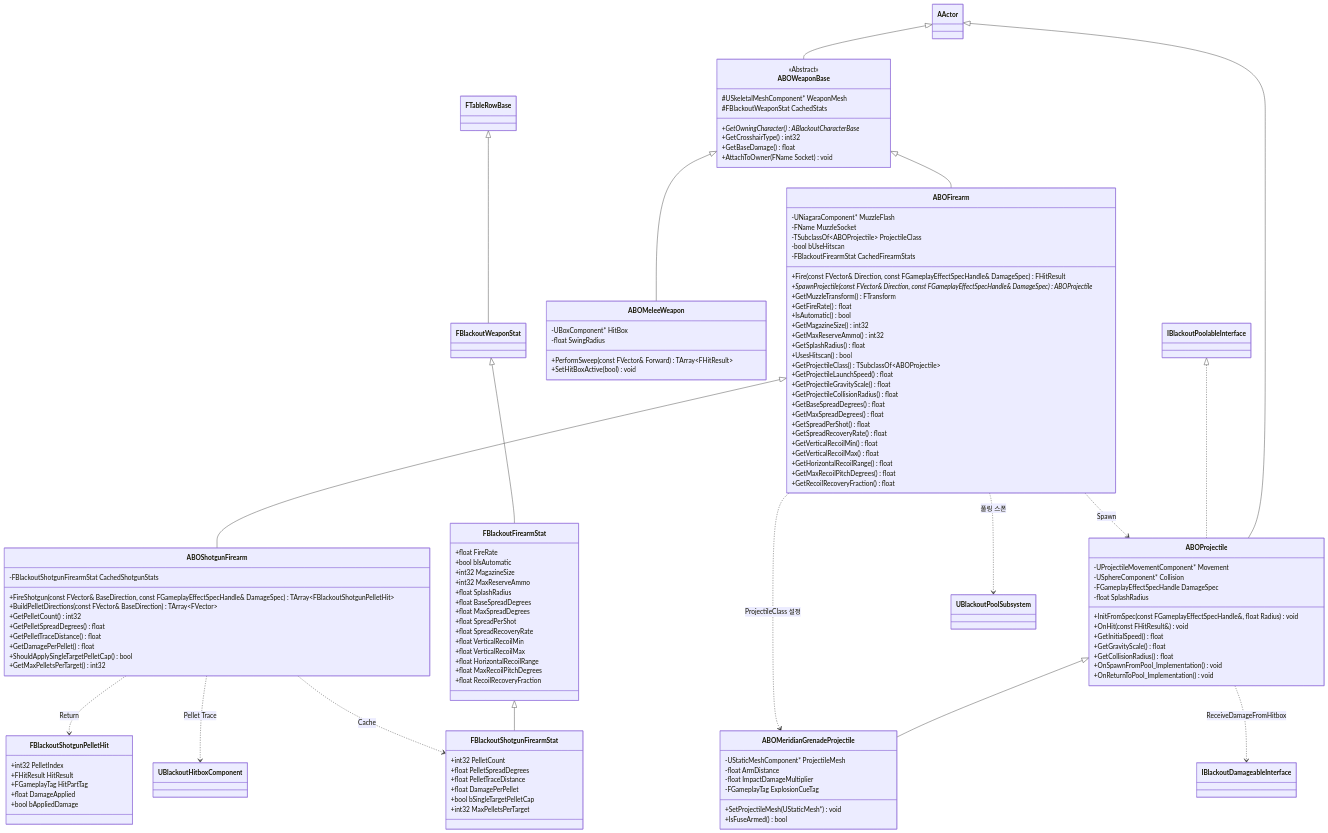
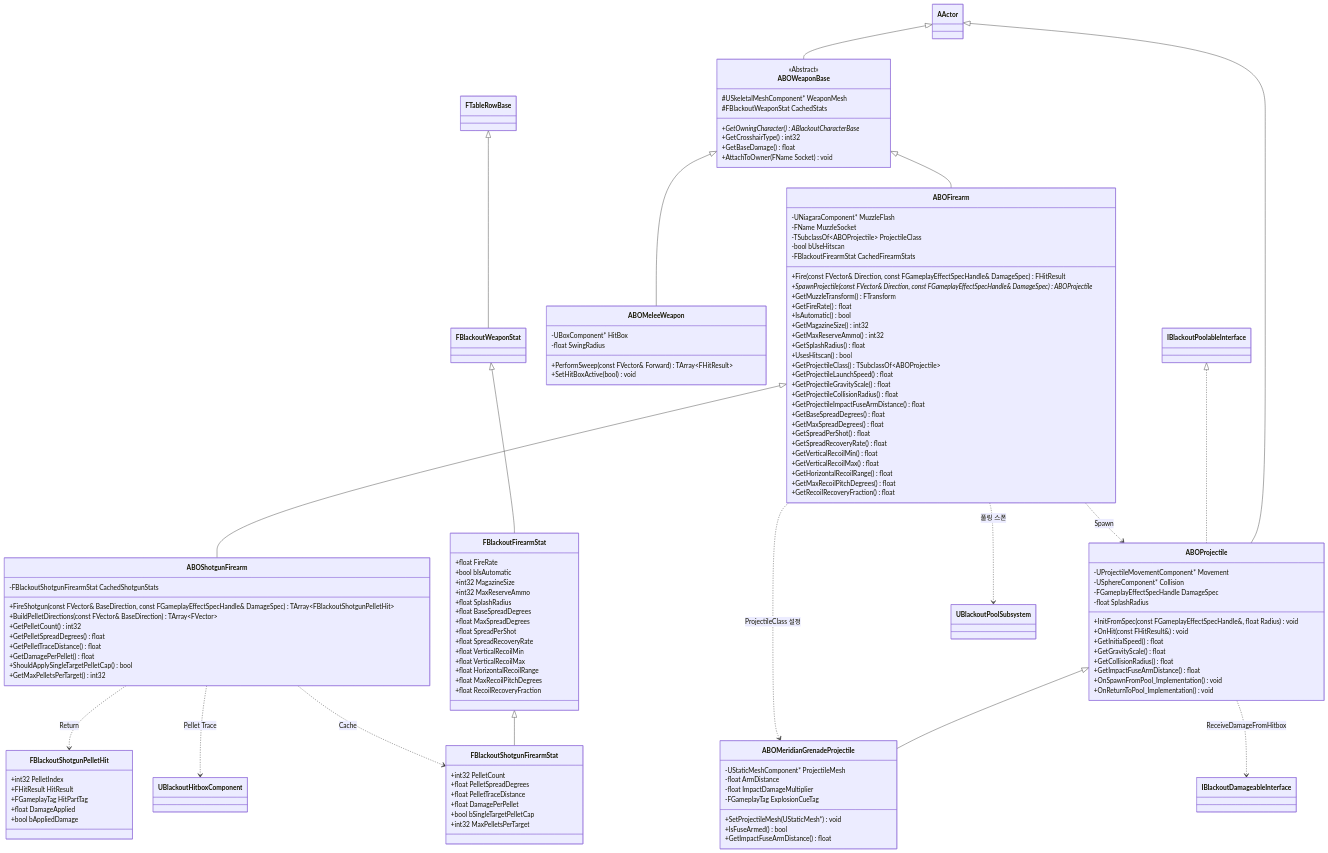
The diagram in Docs/Combat/02_Weapon_Hierarchy.md (seongwon1579/ProjectBlackout), drawn with Mermaid before and after one commit. The commit also changed other lines of this file and 12 other files, not shown here.

```diff
--- a/Docs/Combat/02_Weapon_Hierarchy.md
+++ b/Docs/Combat/02_Weapon_Hierarchy.md
@@ -48,6 +48,7 @@
         +GetProjectileLaunchSpeed() float
         +GetProjectileGravityScale() float
         +GetProjectileCollisionRadius() float
+        +GetProjectileImpactFuseArmDistance() float
         +GetBaseSpreadDegrees() float
         +GetMaxSpreadDegrees() float
         +GetSpreadPerShot() float
@@ -88,6 +89,7 @@
         +GetInitialSpeed() float
         +GetGravityScale() float
         +GetCollisionRadius() float
+        +GetImpactFuseArmDistance() float
         +OnSpawnFromPool_Implementation() void
         +OnReturnToPool_Implementation() void
     }
@@ -133,6 +135,7 @@
         -FGameplayTag ExplosionCueTag
         +SetProjectileMesh(UStaticMesh*) void
         +IsFuseArmed() bool
+        +GetImpactFuseArmDistance() float
     }
 
     ABOFirearm ..> ABOProjectile : Spawn
```
